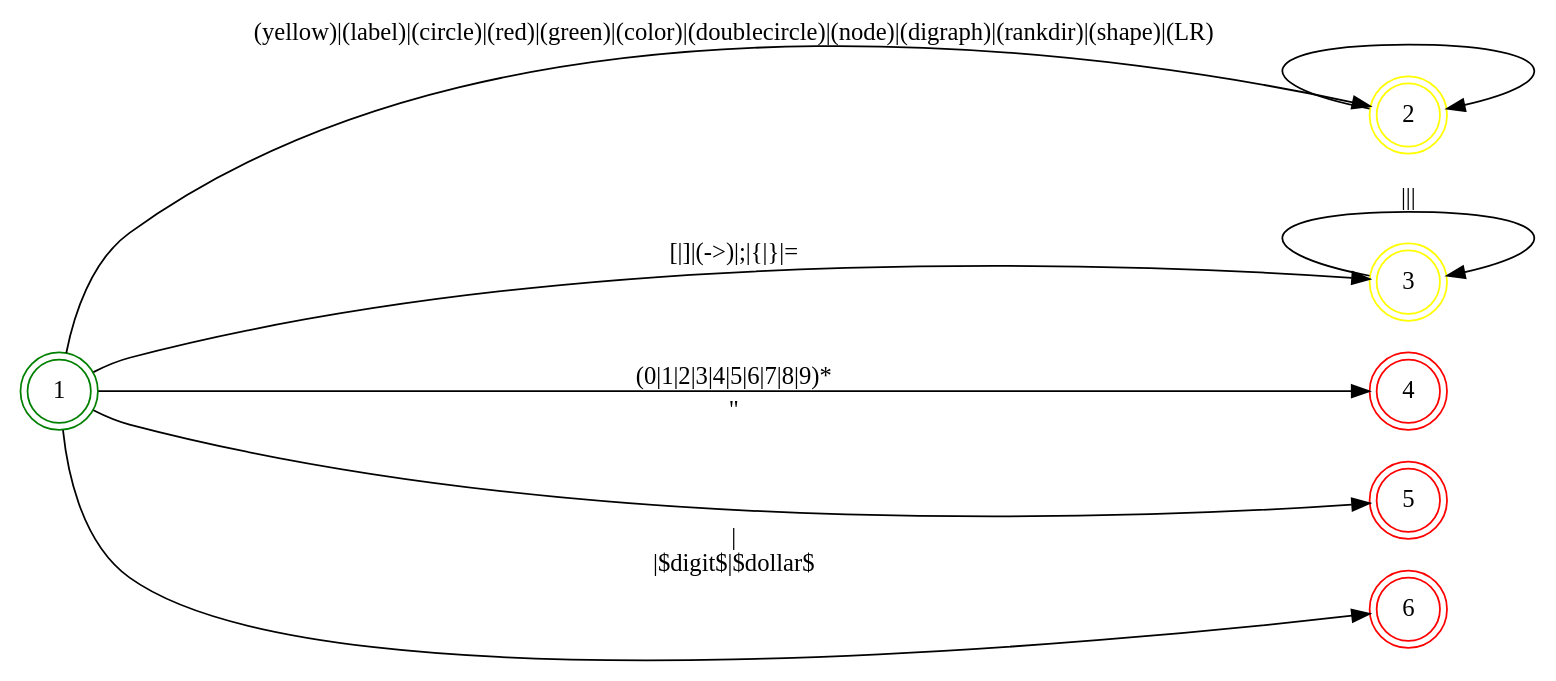
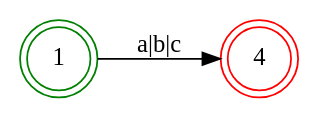
One commit to v012345/lua5.4.4 changed the diagram in scripts/lua/dot/NDF.dot. Above: the diagram before and after it, drawn with Graphviz. The commit also changed 1 other file, not shown here.

```diff
--- a/scripts/lua/dot/NDF.dot
+++ b/scripts/lua/dot/NDF.dot
@@ -1,18 +1,8 @@
 digraph NDF {
     rankdir = LR;
     node [shape = doublecircle;];
     1 [color = green;];
-    2 [color = yellow;];
-    3 [color = yellow;];
     4 [color = red;];
-    5 [color = red;];
-    6 [color = red;];
     node [shape = circle;];
-    1 -> 2 [label = "(yellow)|(label)|(circle)|(red)|(green)|(color)|(doublecircle)|(node)|(digraph)|(rankdir)|(shape)|(LR)";];
-    1 -> 3 [label = "[|]|(->)|;|{|}|=";];
-    1 -> 4 [label = "(0|1|2|3|4|5|6|7|8|9)*";];
-    1 -> 5 [label = "\"";];
-    1 -> 6 [label = " |\n|$digit$|$dollar$";];
-    2 -> 2 [label = "";];
-    3 -> 3 [label = "|||";];
+    1 -> 4 [label = "a|b|c";];
 }
```
